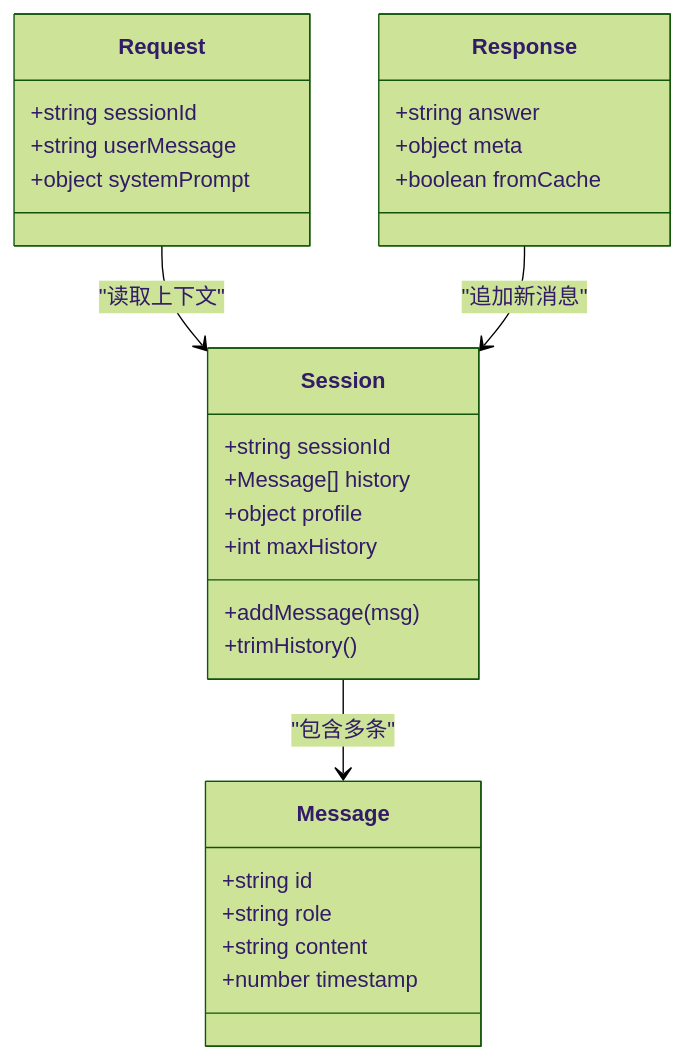
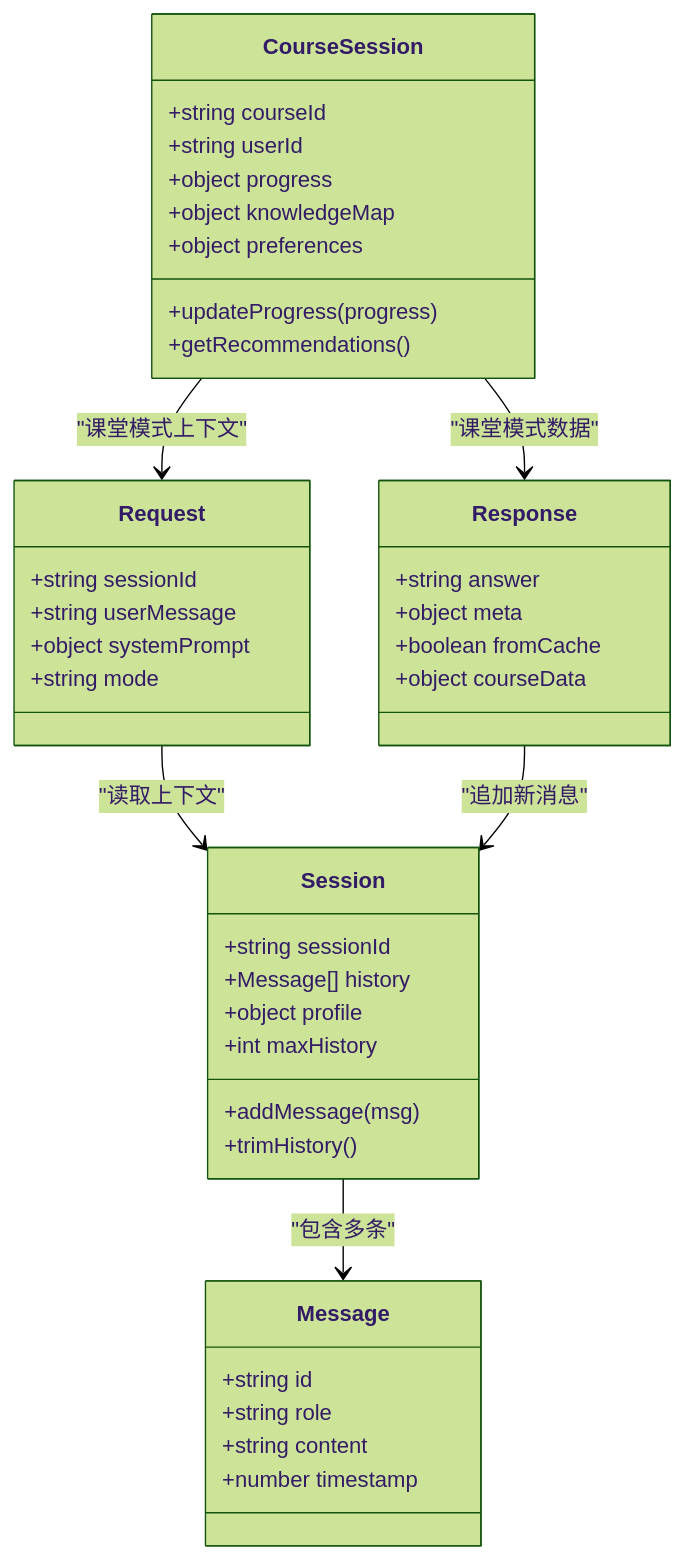
The eighth of 12 diagrams in .qoder/repowiki/zh/content/核心功能模块/AI智能助手.md (cwb7756/bio), drawn with Mermaid (forest theme) before and after one commit. The commit also changed other lines of this file and 45 other files, not shown here.

````diff
--- a/.qoder/repowiki/zh/content/核心功能模块/AI智能助手.md
+++ b/.qoder/repowiki/zh/content/核心功能模块/AI智能助手.md
@@ -251,30 +354,43 @@
 ```mermaid
 classDiagram
 class Message {
 +string id
 +string role
 +string content
 +number timestamp
 }
 class Session {
 +string sessionId
 +Message[] history
 +object profile
 +int maxHistory
 +addMessage(msg)
 +trimHistory()
 }
+class CourseSession {
++string courseId
++string userId
++object progress
++object knowledgeMap
++object preferences
++updateProgress(progress)
++getRecommendations()
+}
 class Request {
 +string sessionId
 +string userMessage
 +object systemPrompt
++string mode
 }
 class Response {
 +string answer
 +object meta
 +boolean fromCache
++object courseData
 }
 Session --> Message : "包含多条"
 Request --> Session : "读取上下文"
 Response --> Session : "追加新消息"
+CourseSession --> Request : "课堂模式上下文"
+CourseSession --> Response : "课堂模式数据"
 ```
````
